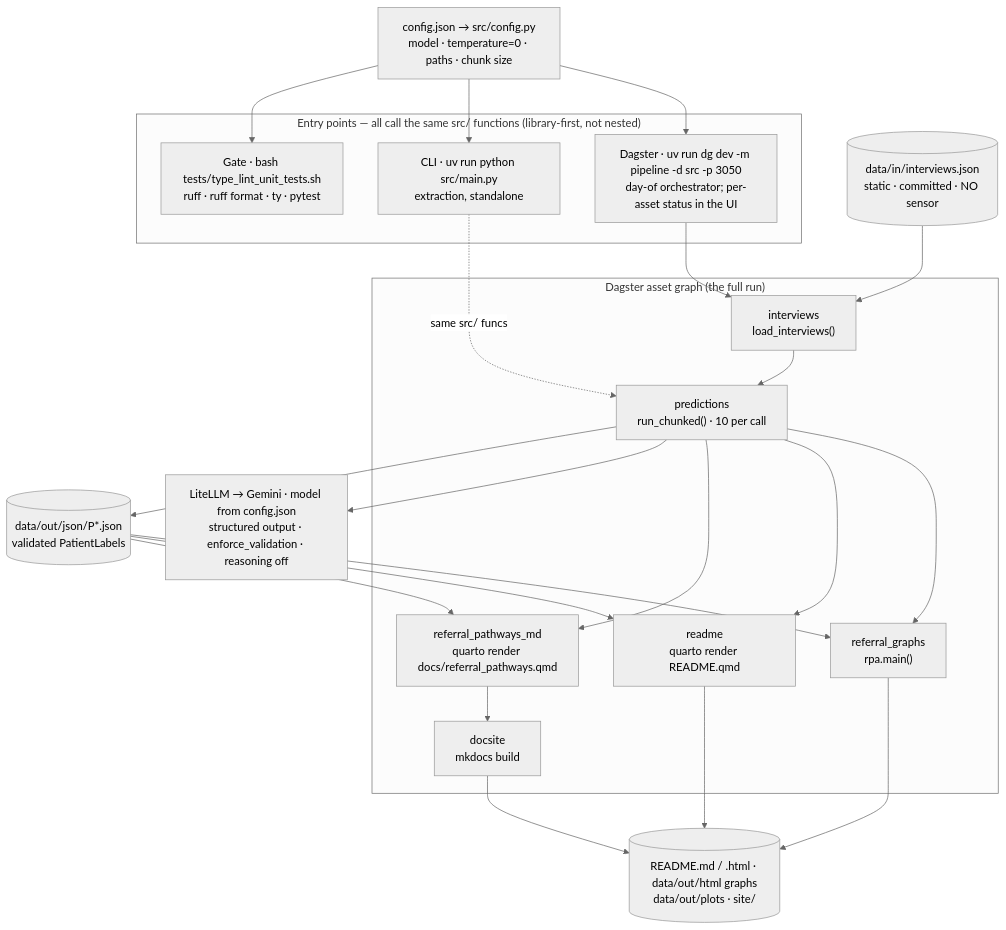
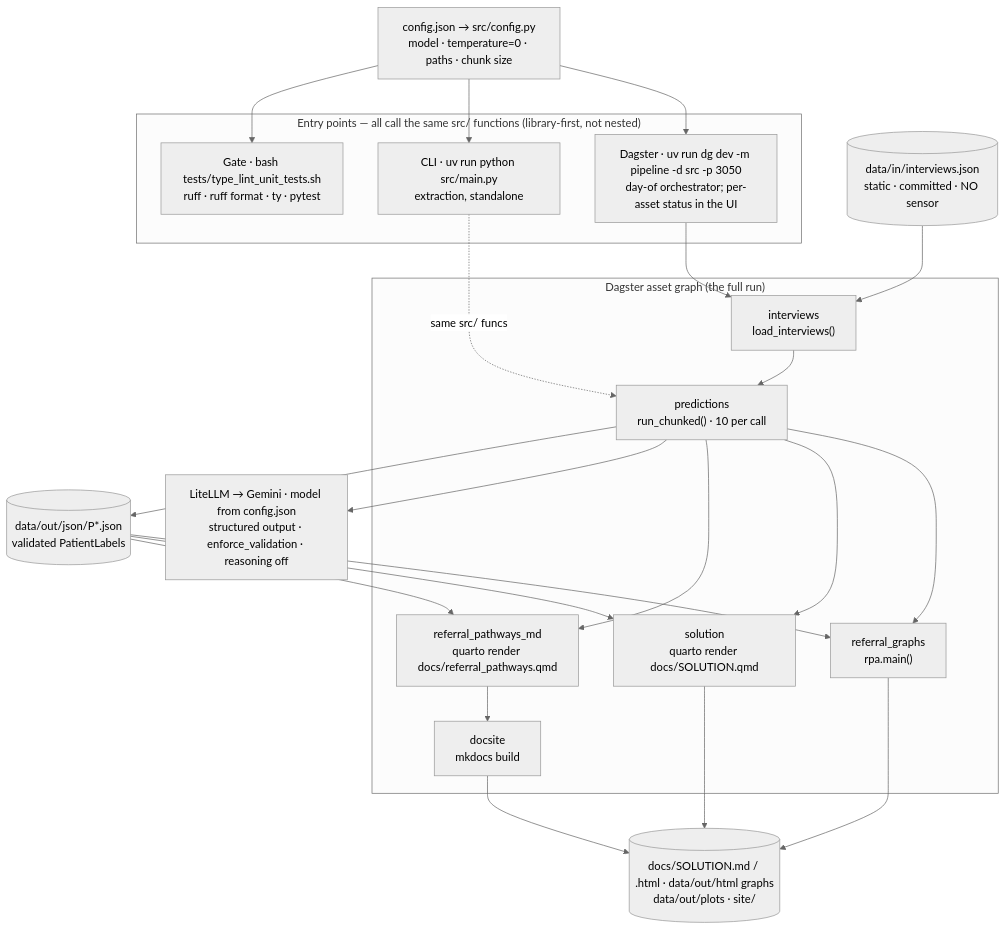
Before and after one commit to carecodeconnect/crohnicity: the diagram in docs/SYSTEM_DESIGN.md, drawn with Mermaid. The commit also changed other lines of this file and 107 other files, not shown here.

````diff
--- a/docs/SYSTEM_DESIGN.md
+++ b/docs/SYSTEM_DESIGN.md
@@ -20,43 +21,43 @@
 ``` mermaid
 %%{init: {'theme':'neutral'}}%%
 flowchart TB
     cfg["config.json → src/config.py<br/>model · temperature=0 · paths · chunk size"]
 
     subgraph entry["Entry points — all call the same src/ functions (library-first, not nested)"]
         dgr["Dagster · uv run dg dev -m pipeline -d src -p 3050<br/>day-of orchestrator; per-asset status in the UI"]
         cli["CLI · uv run python src/main.py<br/>extraction, standalone"]
         gate["Gate · bash tests/type_lint_unit_tests.sh<br/>ruff · ruff format · ty · pytest"]
     end
 
     subgraph dag["Dagster asset graph (the full run)"]
         interviews["interviews<br/>load_interviews()"]
         predictions["predictions<br/>run_chunked() · 10 per call"]
         referral["referral_graphs<br/>rpa.main()"]
-        rdme["readme<br/>quarto render README.qmd"]
+        sol["solution<br/>quarto render docs/SOLUTION.qmd"]
         rpmd["referral_pathways_md<br/>quarto render docs/referral_pathways.qmd"]
         docsite["docsite<br/>mkdocs build"]
         interviews --> predictions --> referral
-        predictions --> rdme
+        predictions --> sol
         predictions --> rpmd --> docsite
     end
 
     indata[("data/in/interviews.json<br/>static · committed · NO sensor")]
     gemini["LiteLLM → Gemini · model from config.json<br/>structured output · enforce_validation · reasoning off"]
     outjson[("data/out/json/P*.json<br/>validated PatientLabels")]
-    arte[("README.md / .html · data/out/html graphs<br/>data/out/plots · site/")]
+    arte[("docs/SOLUTION.md / .html · data/out/html graphs<br/>data/out/plots · site/")]
 
     cfg --> dgr
     cfg --> cli
     cfg --> gate
     dgr --> interviews
     cli -. same src/ funcs .-> predictions
     indata --> interviews
     predictions --> gemini
     predictions --> outjson
     outjson --> referral
-    outjson --> rdme
+    outjson --> sol
     outjson --> rpmd
     referral --> arte
-    rdme --> arte
+    sol --> arte
     docsite --> arte
 ```
````
